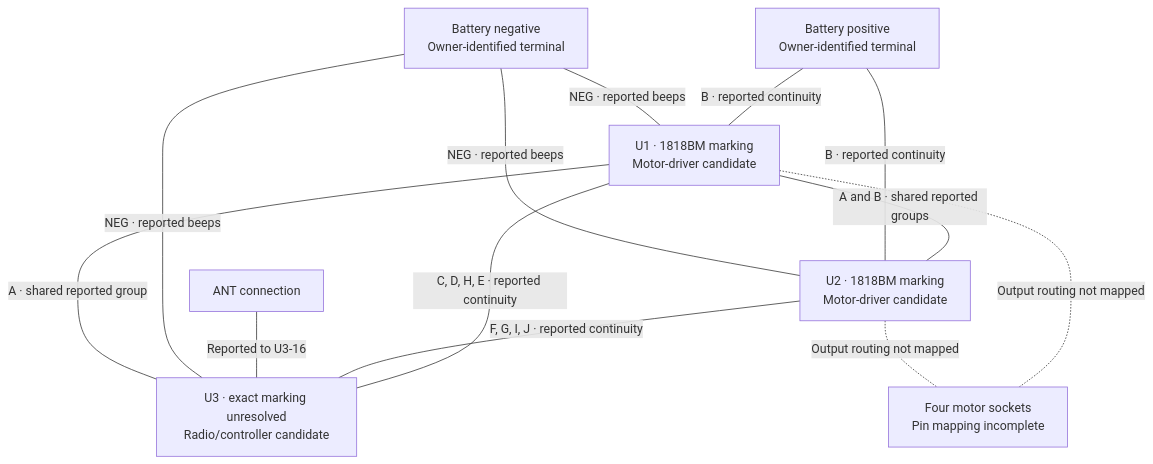
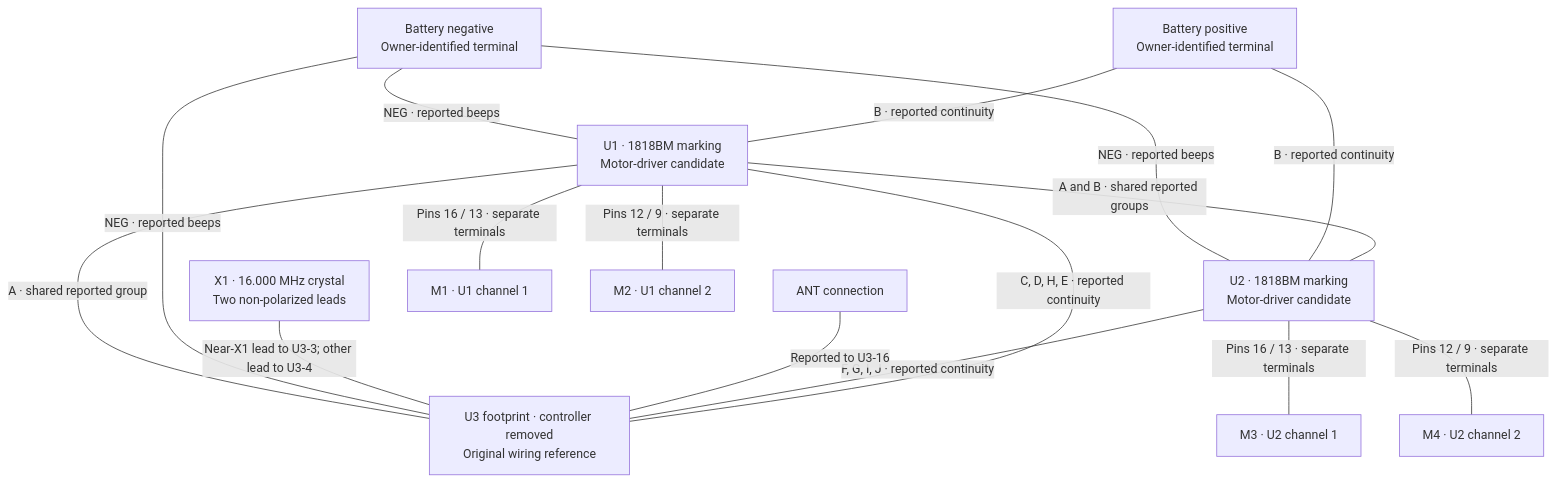
Before and after one commit to Liliwqt/jg-21264r-reverse-engineering: the first of 3 diagrams in docs/architecture.md, drawn with Mermaid. The commit also changed other lines of this file and 21 other files, not shown here.

````diff
--- a/docs/architecture.md
+++ b/docs/architecture.md
@@ -11,22 +15,29 @@
 ```mermaid
 flowchart TB
     U1["U1 · 1818BM marking\nMotor-driver candidate"]
     U2["U2 · 1818BM marking\nMotor-driver candidate"]
-    U3["U3 · exact marking unresolved\nRadio/controller candidate"]
+    U3["U3 footprint · controller removed\nOriginal wiring reference"]
     ANT["ANT connection"]
+    X1["X1 · 16.000 MHz crystal\nTwo non-polarized leads"]
     POS["Battery positive\nOwner-identified terminal"]
     NEG["Battery negative\nOwner-identified terminal"]
-    MOT["Four motor sockets\nPin mapping incomplete"]
+    M1["M1 · U1 channel 1"]
+    M2["M2 · U1 channel 2"]
+    M3["M3 · U2 channel 1"]
+    M4["M4 · U2 channel 2"]
     U1 ---|"C, D, H, E · reported continuity"| U3
     U2 ---|"F, G, I, J · reported continuity"| U3
     U1 ---|"A and B · shared reported groups"| U2
     U3 ---|"A · shared reported group"| U1
     ANT ---|"Reported to U3-16"| U3
+    X1 ---|"Near-X1 lead to U3-3; other lead to U3-4"| U3
     POS ---|"B · reported continuity"| U1
     POS ---|"B · reported continuity"| U2
     NEG ---|"NEG · reported beeps"| U1
     NEG ---|"NEG · reported beeps"| U2
     NEG ---|"NEG · reported beeps"| U3
-    U1 -.-|"Output routing not mapped"| MOT
-    U2 -.-|"Output routing not mapped"| MOT
+    U1 ---|"Pins 16 / 13 · separate terminals"| M1
+    U1 ---|"Pins 12 / 9 · separate terminals"| M2
+    U2 ---|"Pins 16 / 13 · separate terminals"| M3
+    U2 ---|"Pins 12 / 9 · separate terminals"| M4
 ```
````
